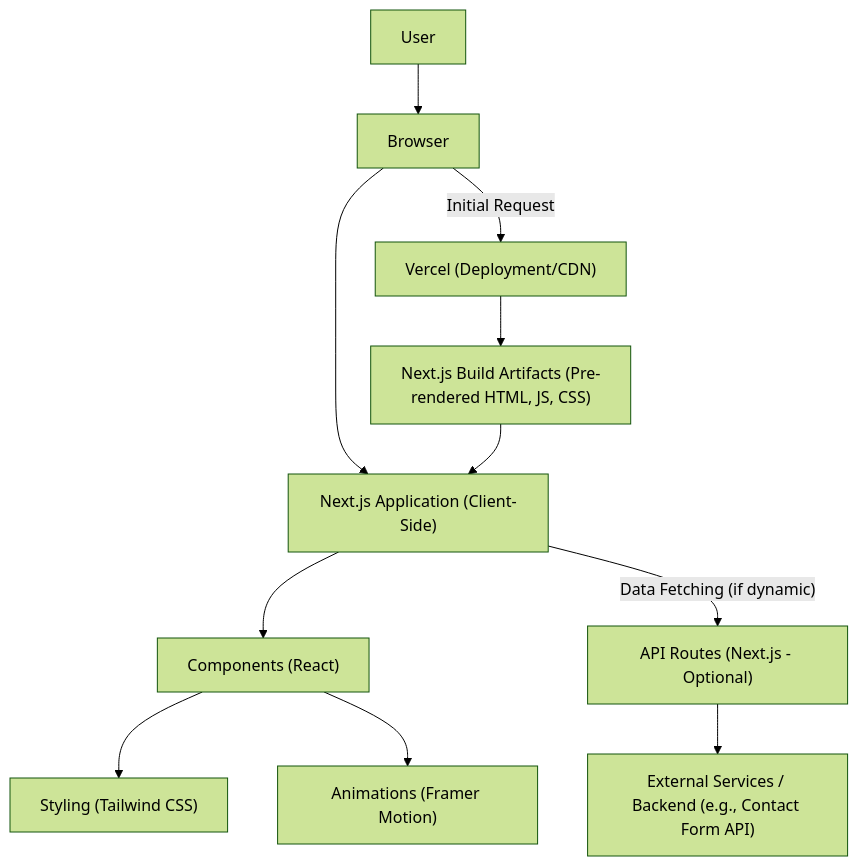
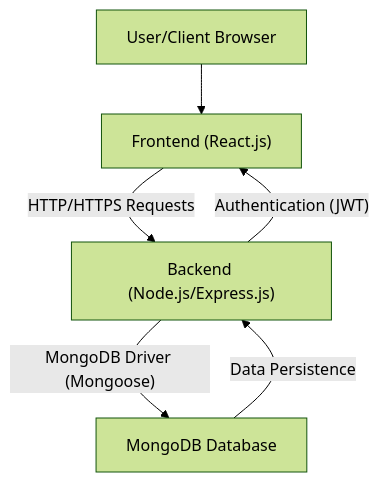
Before and after one commit to Can-Ozan/Devportfolio: the diagram in README.md, drawn with Mermaid (forest theme). The commit also changed other lines of this file, not shown here.

````diff
--- a/README.md
+++ b/README.md
@@ -142,13 +69,8 @@
 ```mermaid
 graph TD
-    A["User"] --> B["Browser"]
-    B --> C["Next.js Application (Client-Side)"]
-    C --> D["Components (React)"]
-    D --> E["Styling (Tailwind CSS)"]
-    D --> F["Animations (Framer Motion)"]
-    C -- "Data Fetching (if dynamic)" --> G["API Routes (Next.js - Optional)"]
-    G --> H["External Services / Backend (e.g., Contact Form API)"]
-    B -- "Initial Request" --> I["Vercel (Deployment/CDN)"]
-    I --> J["Next.js Build Artifacts (Pre-rendered HTML, JS, CSS)"]
-    J --> C
+    A["User/Client Browser"] --> B["Frontend (React.js)"]
+    B -- "HTTP/HTTPS Requests" --> C["Backend (Node.js/Express.js)"]
+    C -- "MongoDB Driver (Mongoose)" --> D["MongoDB Database"]
+    C -- "Authentication (JWT)" --> B
+    D -- "Data Persistence" --> C
 ```
````
